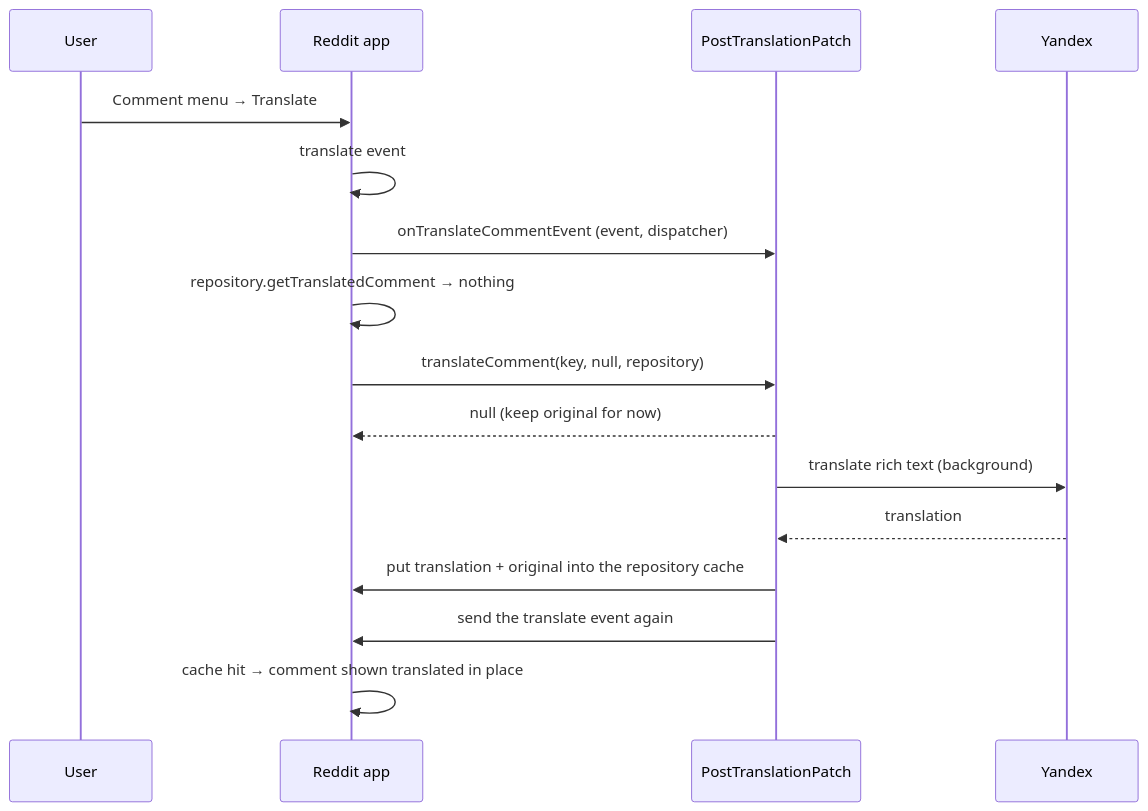
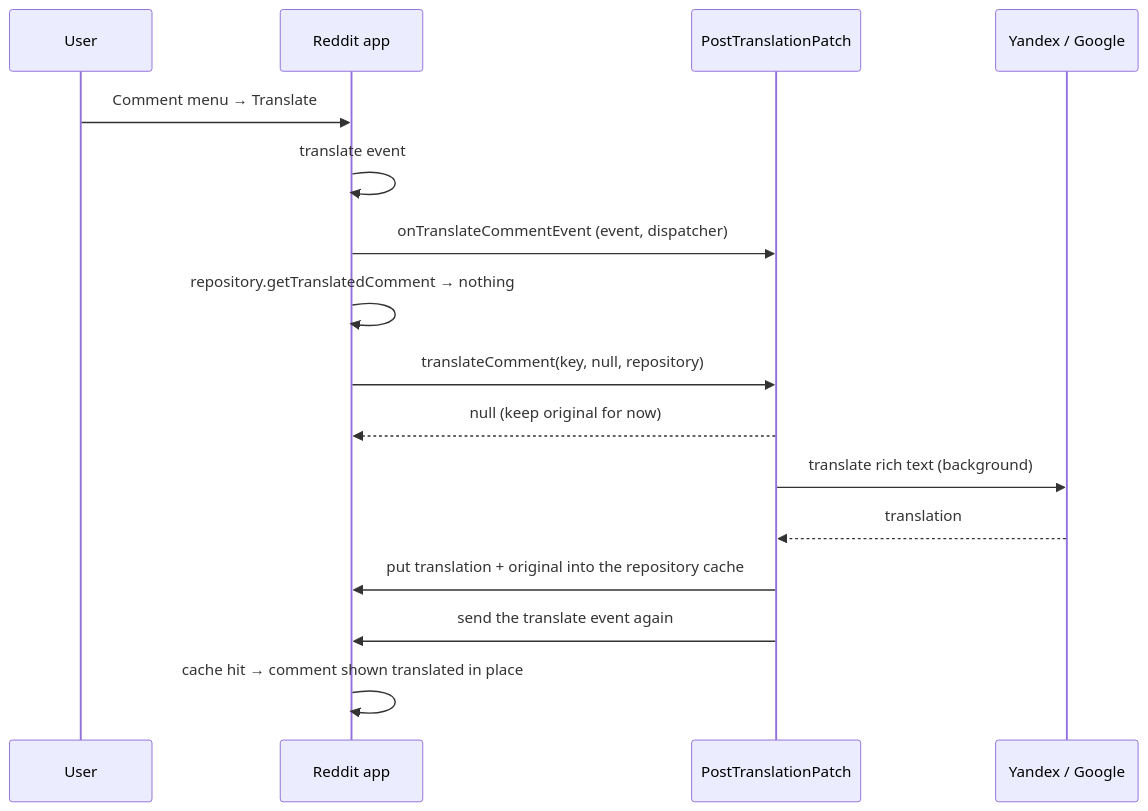
One commit to B1ays/morphe-patches changed the second of 2 diagrams in docs/reddit-translation/README.md. Above: the diagram before and after it, drawn with Mermaid. The commit also changed other lines of this file and 8 other files, not shown here.

````diff
--- a/docs/reddit-translation/README.md
+++ b/docs/reddit-translation/README.md
@@ -173,18 +189,18 @@
 ```mermaid
 sequenceDiagram
     participant U as User
     participant App as Reddit app
     participant P as PostTranslationPatch
-    participant Y as Yandex
+    participant Y as Yandex / Google
     U->>App: Comment menu → Translate
     App->>App: translate event
     App->>P: onTranslateCommentEvent (event, dispatcher)
     App->>App: repository.getTranslatedComment → nothing
     App->>P: translateComment(key, null, repository)
     P-->>App: null (keep original for now)
     P->>Y: translate rich text (background)
     Y-->>P: translation
     P->>App: put translation + original into the repository cache
     P->>App: send the translate event again
     App->>App: cache hit → comment shown translated in place
 ```
````
